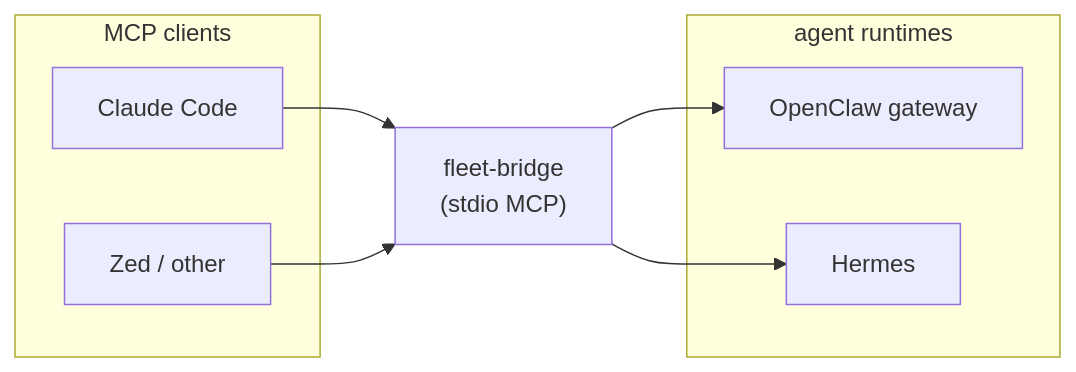
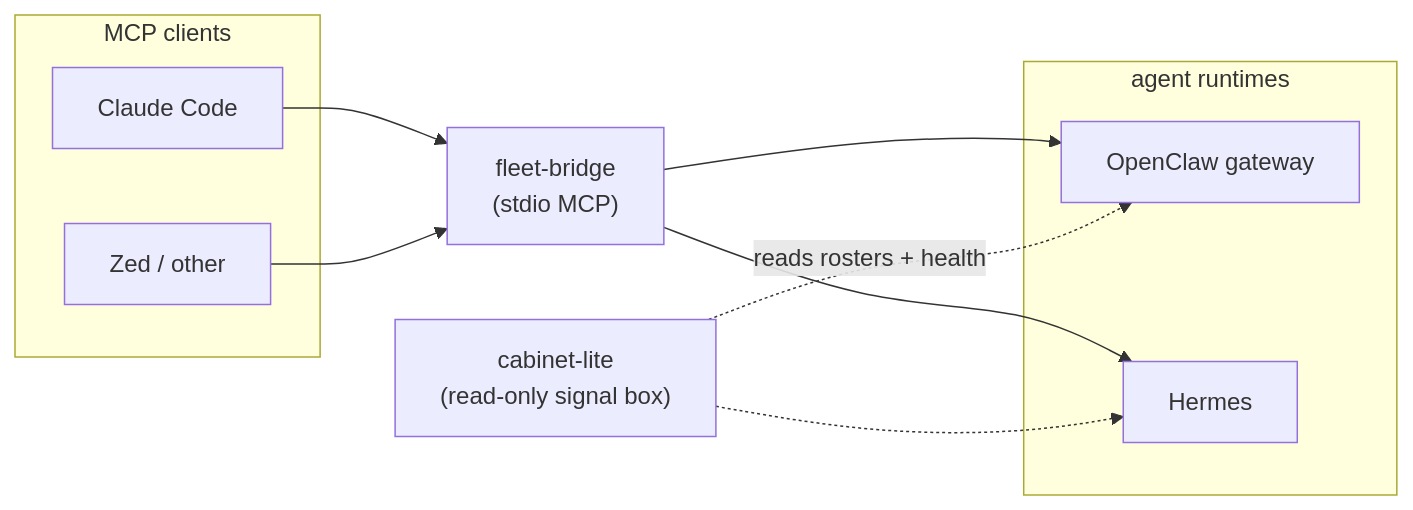
Before and after one commit to leverframe/.github: the diagram in profile/README.md, drawn with Mermaid. The commit also changed other lines of this file, not shown here.

Commit message:
profile: cabinet-lite row + diagram edge, npm-first quickstart, signal-box stat line

````diff
--- a/profile/README.md
+++ b/profile/README.md
@@ -31,16 +33,19 @@
 ```mermaid
 flowchart LR
     subgraph clients["MCP clients"]
         CC["Claude Code"]
         Z["Zed / other"]
     end
     FB["fleet-bridge<br/>(stdio MCP)"]
     subgraph runtimes["agent runtimes"]
         OC["OpenClaw gateway"]
         H["Hermes"]
     end
+    CB["cabinet-lite<br/>(read-only signal box)"]
     CC --> FB
     Z --> FB
     FB --> OC
     FB --> H
+    CB -. "reads rosters + health" .-> OC
+    CB -.-> H
 ```
````
